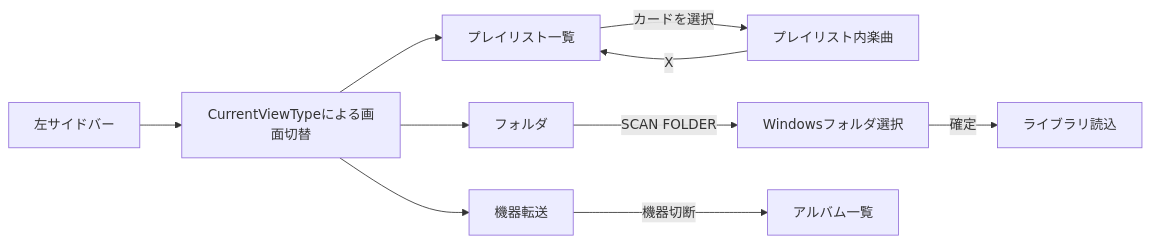
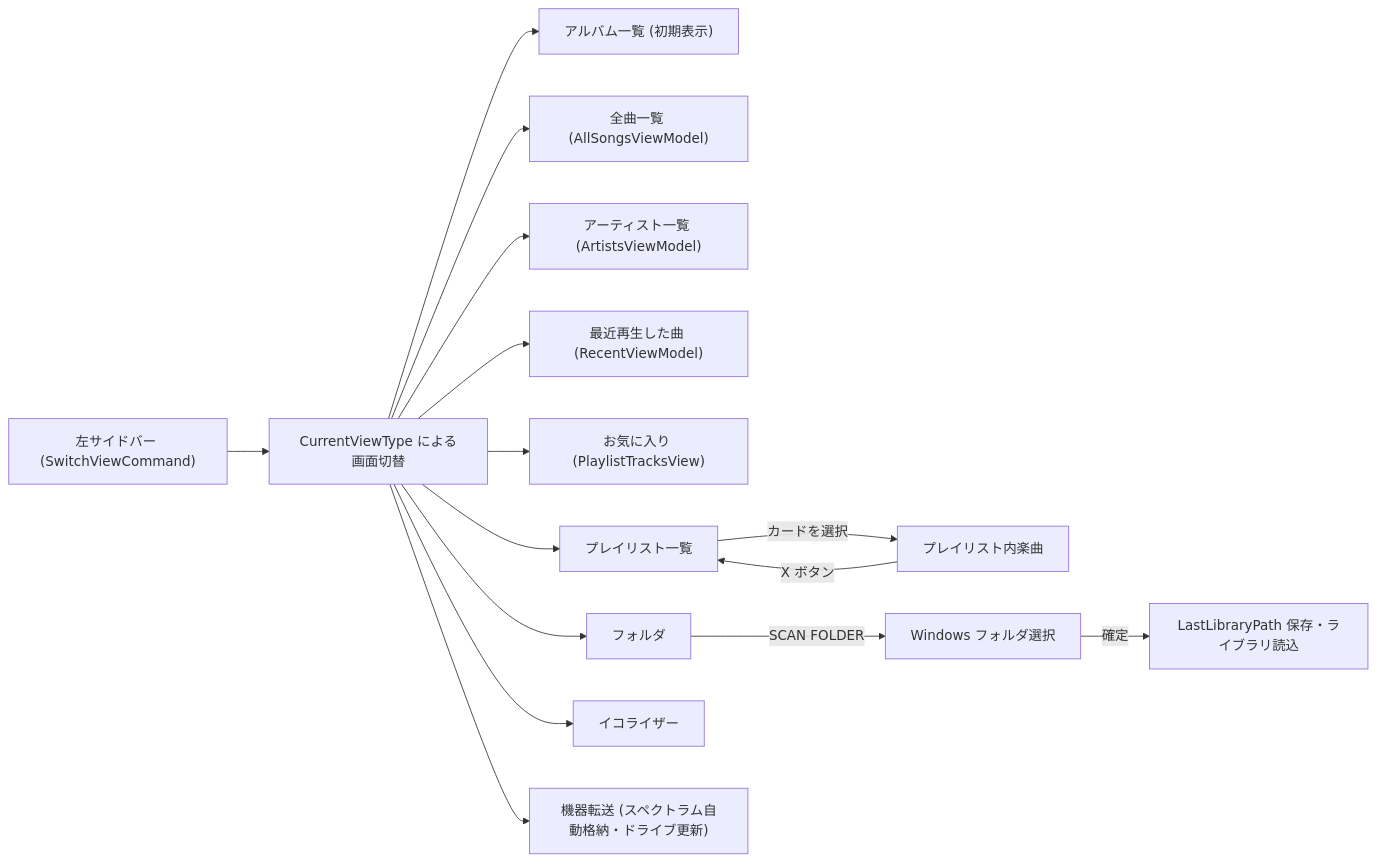
The diagram in 設計/画面設計/画面遷移・ナビゲーション設計書.md (taketonnbo/Audio_Effector), drawn with Mermaid before and after one commit. The commit also changed other lines of this file and 26 other files, not shown here.

````diff
--- a/設計/画面設計/画面遷移・ナビゲーション設計書.md
+++ b/設計/画面設計/画面遷移・ナビゲーション設計書.md
@@ -26,12 +28,17 @@
 ```mermaid
 flowchart LR
-    Sidebar["左サイドバー"] --> Workspace["CurrentViewTypeによる画面切替"]
+    Sidebar["左サイドバー (SwitchViewCommand)"] --> Workspace["CurrentViewType による画面切替"]
+    Workspace --> Albums["アルバム一覧 (初期表示)"]
+    Workspace --> AllSongs["全曲一覧 (AllSongsViewModel)"]
+    Workspace --> Artists["アーティスト一覧 (ArtistsViewModel)"]
+    Workspace --> Recent["最近再生した曲 (RecentViewModel)"]
+    Workspace --> Favorites["お気に入り (PlaylistTracksView)"]
     Workspace --> Playlists["プレイリスト一覧"]
     Playlists -->|"カードを選択"| Tracks["プレイリスト内楽曲"]
-    Tracks -->|"X"| Playlists
+    Tracks -->|"X ボタン"| Playlists
     Workspace --> Folder["フォルダ"]
-    Folder -->|"SCAN FOLDER"| Picker["Windowsフォルダ選択"]
-    Picker -->|"確定"| Library["ライブラリ読込"]
-    Workspace --> Device["機器転送"]
-    Device -->|"機器切断"| Albums["アルバム一覧"]
+    Folder -->|"SCAN FOLDER"| Picker["Windows フォルダ選択"]
+    Picker -->|"確定"| Library["LastLibraryPath 保存・ライブラリ読込"]
+    Workspace --> Equalizer["イコライザー"]
+    Workspace --> Device["機器転送 (スペクトラム自動格納・ドライブ更新)"]
 ```
````
